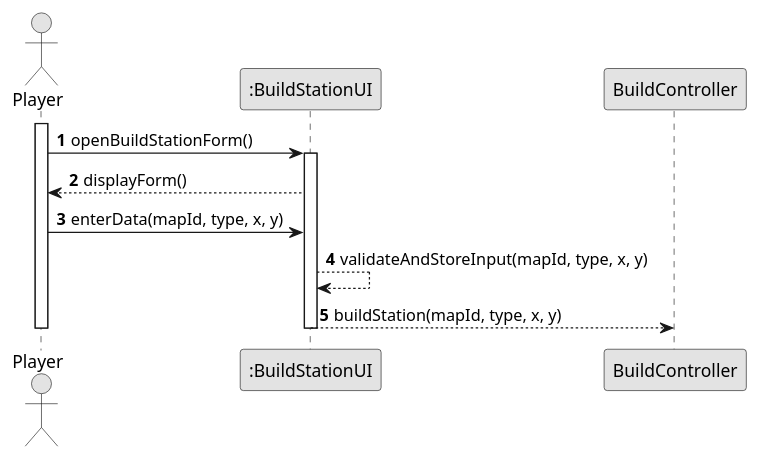
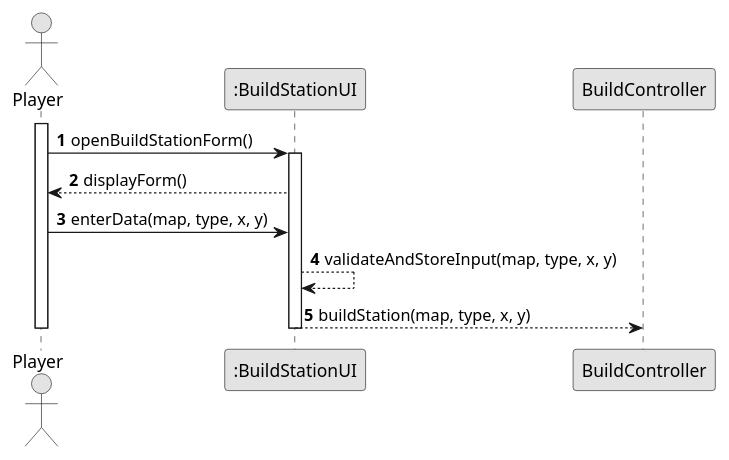
One commit to goncalolopesp/sem2-pi-24.25-g093-repo changed the diagram in docs/system-documentation/US005/03.design/puml/US005-SD-getInput.puml. Above: the diagram before and after it, drawn with PlantUML. The commit also changed 3 other files, not shown here.

Commit message:
US05 - Added the "Validate and Name Station Partial SD" SSD to the Design

```diff
--- a/docs/system-documentation/US005/03.design/puml/US005-SD-getInput.puml
+++ b/docs/system-documentation/US005/03.design/puml/US005-SD-getInput.puml
@@ -1,19 +1,19 @@
 @startuml US005-SD-getInput
 skinparam monochrome true
 skinparam packageStyle rectangle
 skinparam shadowing false
 autonumber
 
 actor "Player" as Player
 participant ":BuildStationUI" as BuildUI
 
 activate Player
 Player -> BuildUI: openBuildStationForm()
 activate BuildUI
 BuildUI --> Player: displayForm()
-Player -> BuildUI: enterData(mapId, type, x, y)
-BuildUI --> BuildUI: validateAndStoreInput(mapId, type, x, y)
-BuildUI --> BuildController: buildStation(mapId, type, x, y)
+Player -> BuildUI: enterData(map, type, x, y)
+BuildUI --> BuildUI: validateAndStoreInput(map, type, x, y)
+BuildUI --> BuildController: buildStation(map, type, x, y)
 deactivate BuildUI
 deactivate Player
 @enduml
```
